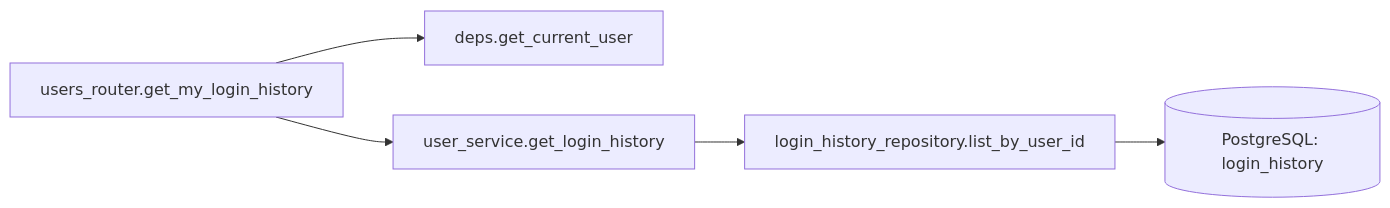
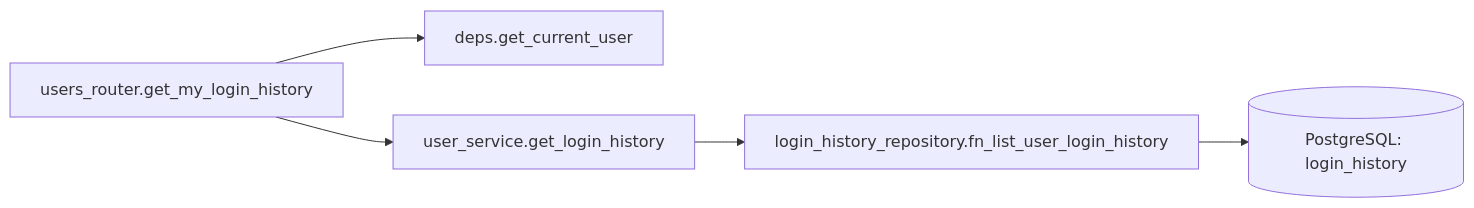
Before and after one commit to oikawa-d/task_management: the third of 4 diagrams in detailed_design/api/users/04_get_users_me_login_history.md, drawn with Mermaid. The commit also changed other lines of this file and 58 other files, not shown here.

````diff
--- a/detailed_design/api/users/04_get_users_me_login_history.md
+++ b/detailed_design/api/users/04_get_users_me_login_history.md
@@ -179,7 +179,7 @@
 ```mermaid
 flowchart LR
     R["users_router.get_my_login_history"] --> DEP["deps.get_current_user"]
     R --> S["user_service.get_login_history"]
-    S --> LRP["login_history_repository.list_by_user_id"]
+    S --> LRP["login_history_repository.fn_list_user_login_history"]
     LRP --> PG[("PostgreSQL: login_history")]
 ```
````
